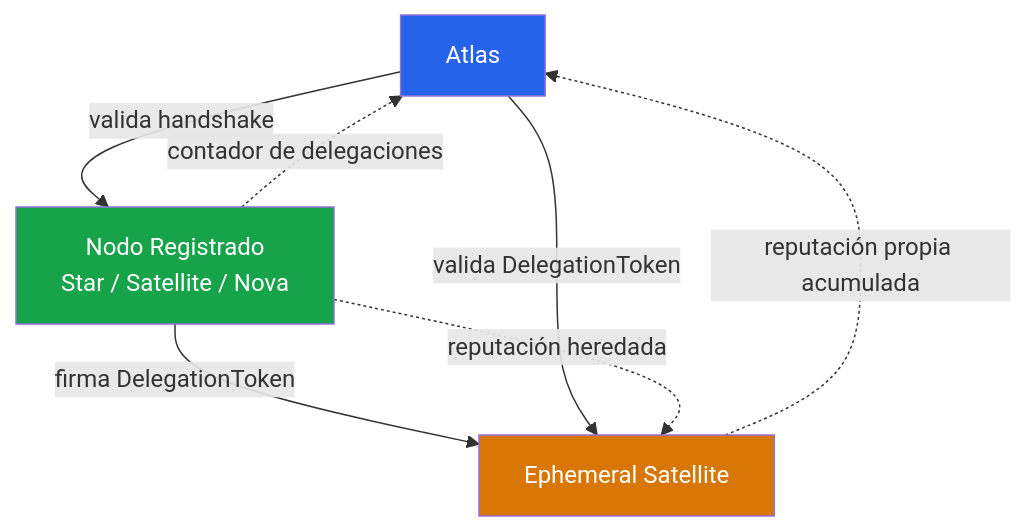
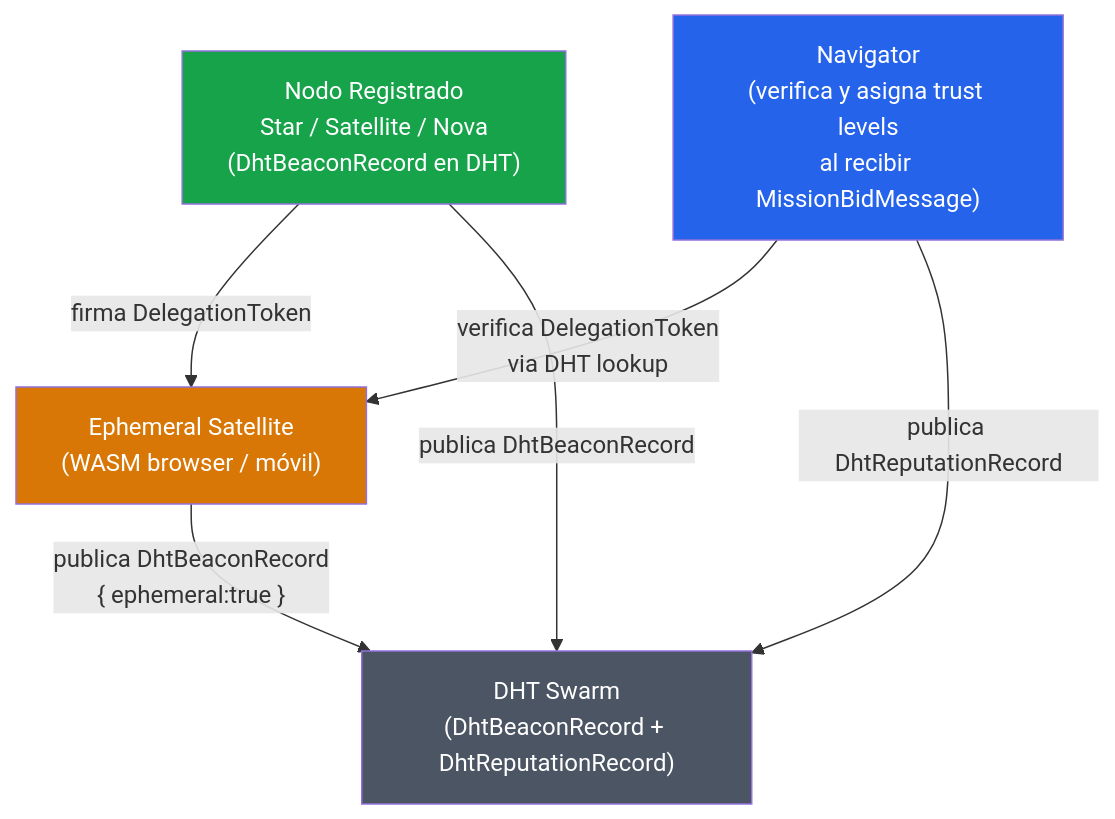
Before and after one commit to rafex/galaxIA: the first of 2 diagrams in protocol/trust.md, drawn with Mermaid. The commit also changed other lines of this file and 3 other files, not shown here.

````diff
--- a/protocol/trust.md
+++ b/protocol/trust.md
@@ -15,14 +15,18 @@
 ```mermaid
 graph TD
-    AT[Atlas] -->|valida handshake| NODO[Nodo Registrado<br/>Star / Satellite / Nova]
-    NODO -->|firma DelegationToken| EPH[Ephemeral Satellite]
-    AT -->|valida DelegationToken| EPH
+    NODO["Nodo Registrado<br/>Star / Satellite / Nova<br/>(DhtBeaconRecord en DHT)"]
+    NAV["Navigator<br/>(verifica y asigna trust levels<br/>al recibir MissionBidMessage)"]
+    EPH["Ephemeral Satellite<br/>(WASM browser / móvil)"]
+    DHT["DHT Swarm<br/>(DhtBeaconRecord + DhtReputationRecord)"]
 
-    NODO -.->|reputación heredada| EPH
-    EPH -.->|reputación propia acumulada| AT
-    NODO -.->|contador de delegaciones| AT
+    NODO -->|"firma DelegationToken"| EPH
+    NAV -->|"verifica DelegationToken<br/>via DHT lookup"| EPH
+    NAV -->|"publica DhtReputationRecord"| DHT
+    NODO -->|"publica DhtBeaconRecord"| DHT
+    EPH -->|"publica DhtBeaconRecord<br/>{ ephemeral:true }"| DHT
 
-    style AT fill:#2563eb,color:#fff
     style NODO fill:#16a34a,color:#fff
+    style NAV fill:#2563eb,color:#fff
     style EPH fill:#d97706,color:#fff
+    style DHT fill:#4b5563,color:#fff
 ```
````
